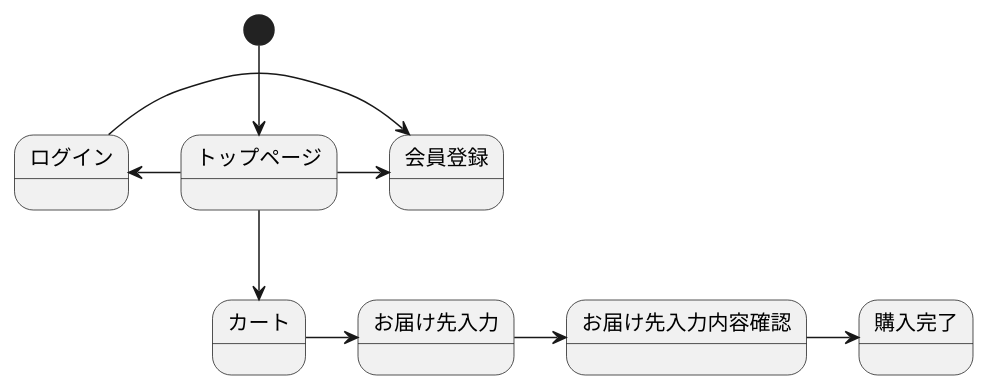
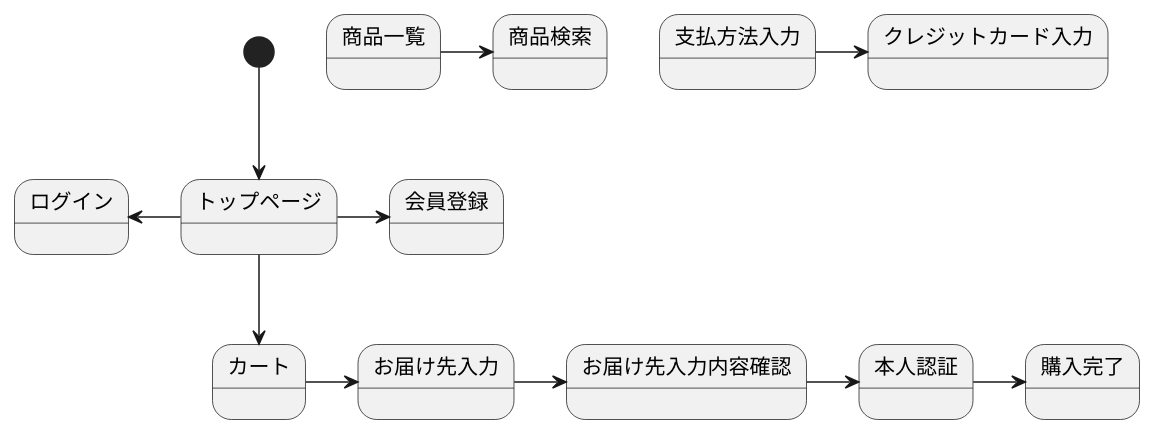
One commit to Aso2001405/2021sys-design changed the diagram in stm01.md. Above: the diagram before and after it, drawn with PlantUML.

````diff
--- a/stm01.md
+++ b/stm01.md
@@ -1,12 +1,14 @@
 ```uml
 @startuml
 [*] --> トップページ
 トップページ -> 会員登録
 トップページ -left-> ログイン
-ログイン-> 会員登録
+商品一覧 -> 商品検索
 トップページ --> カート
 カート -> お届け先入力
 お届け先入力 -> お届け先入力内容確認
-お届け先入力内容確認 -> 購入完了
+支払方法入力 -> クレジットカード入力
+お届け先入力内容確認 -> 本人認証
+本人認証 -> 購入完了
 @enduml
 ```
````
